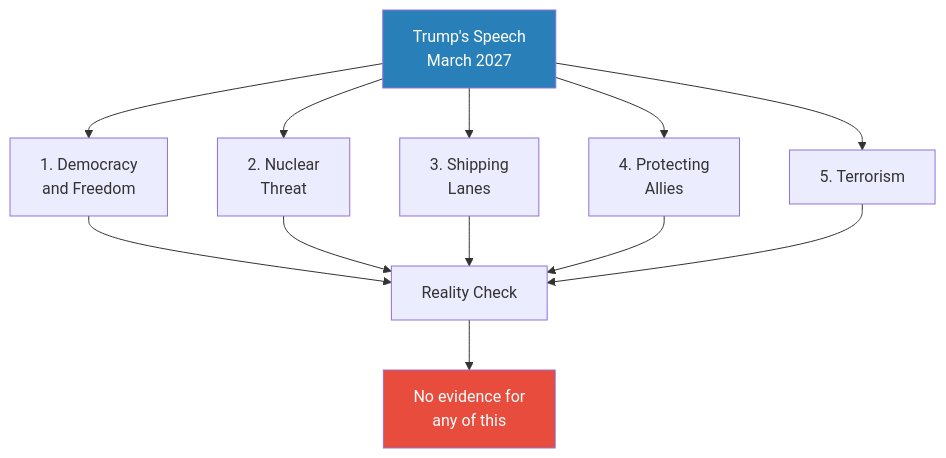
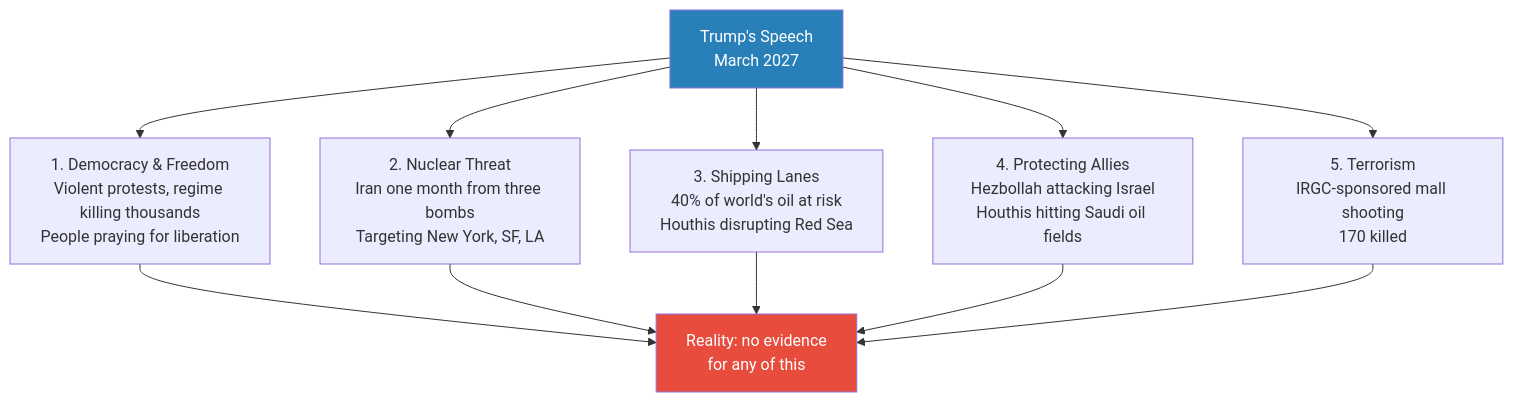
The second of 11 diagrams in summaries/Lectures/Geo-Strategy/08 - The Iran Trap.md (alius33/reader), drawn with Mermaid before and after one commit. The commit also changed other lines of this file and 26 other files, not shown here.

````diff
--- a/summaries/Lectures/Geo-Strategy/08 - The Iran Trap.md
+++ b/summaries/Lectures/Geo-Strategy/08 - The Iran Trap.md
@@ -143,17 +145,16 @@
 ```mermaid
 flowchart TB
     S["Trump's Speech<br/>March 2027"]
-    S --> J1["1. Democracy<br/>and Freedom"]
-    S --> J2["2. Nuclear<br/>Threat"]
-    S --> J3["3. Shipping<br/>Lanes"]
-    S --> J4["4. Protecting<br/>Allies"]
-    S --> J5["5. Terrorism"]
-    J1 --> R["Reality Check"]
+    S --> J1["1. Democracy & Freedom<br/>Violent protests, regime killing thousands<br/>People praying for liberation"]
+    S --> J2["2. Nuclear Threat<br/>Iran one month from three bombs<br/>Targeting New York, SF, LA"]
+    S --> J3["3. Shipping Lanes<br/>40% of world's oil at risk<br/>Houthis disrupting Red Sea"]
+    S --> J4["4. Protecting Allies<br/>Hezbollah attacking Israel<br/>Houthis hitting Saudi oil fields"]
+    S --> J5["5. Terrorism<br/>IRGC-sponsored mall shooting<br/>170 killed"]
+    J1 --> R["Reality: no evidence<br/>for any of this"]
     J2 --> R
     J3 --> R
     J4 --> R
     J5 --> R
-    R --> V["No evidence for<br/>any of this"]
-    style V fill:#e74c3c,color:#fff
     style S fill:#2980b9,color:#fff
+    style R fill:#e74c3c,color:#fff
 ```
````
